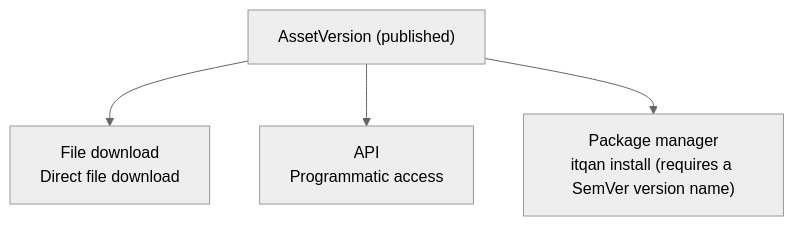
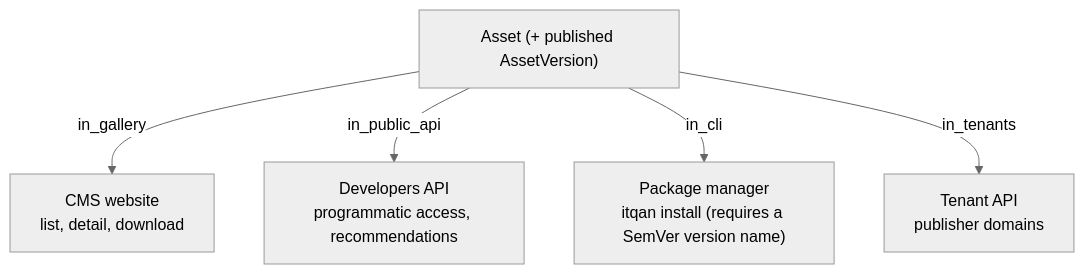
The fifth of 10 diagrams in docs/ARCHITECTURE.md (Itqan-community/cms-backend), drawn with Mermaid (neutral theme) before and after one commit. The commit also changed other lines of this file and 77 other files, not shown here.

````diff
--- a/docs/ARCHITECTURE.md
+++ b/docs/ARCHITECTURE.md
@@ -716,8 +729,9 @@
 ```mermaid
 flowchart TB
-    AV["AssetVersion (published)"]
+    AV["Asset (+ published AssetVersion)"]
 
-    AV --> D1["File download<br/>Direct file download"]
-    AV --> D2["API<br/>Programmatic access"]
-    AV --> D3["Package manager<br/>itqan install (requires a SemVer version name)"]
+    AV -->|in_gallery| D1["CMS website<br/>list, detail, download"]
+    AV -->|in_public_api| D2["Developers API<br/>programmatic access, recommendations"]
+    AV -->|in_cli| D3["Package manager<br/>itqan install (requires a SemVer version name)"]
+    AV -->|in_tenants| D4["Tenant API<br/>publisher domains"]
 ```
````
